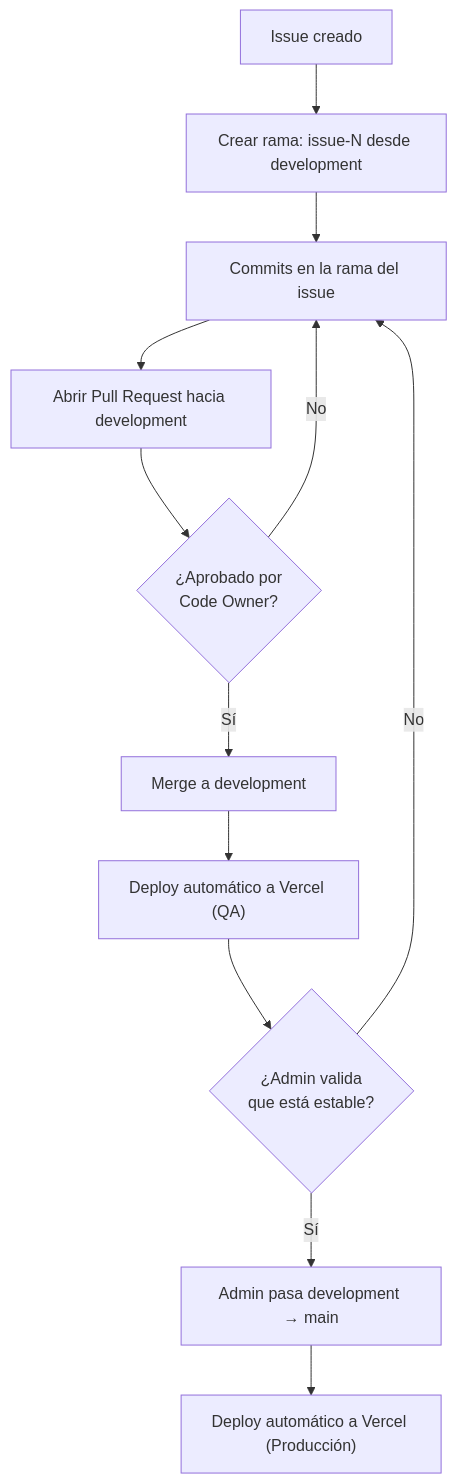
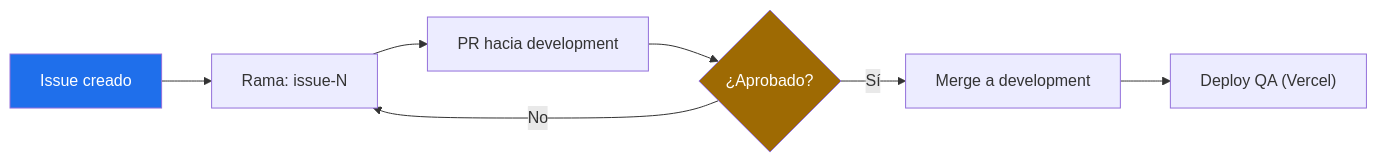
The first of 2 diagrams in CONTRIBUTING.md (Stivaly/PanasAyudan), drawn with Mermaid before and after one commit. The commit also changed other lines of this file, not shown here.

Commit message:
Enhance CONTRIBUTING.md with flowcharts
Added flowcharts for QA and Production phases to the contribution guidelines.

````diff
--- a/CONTRIBUTING.md
+++ b/CONTRIBUTING.md
@@ -24,14 +26,12 @@
 ```mermaid
-flowchart TD
-    A[Issue creado] --> B["Crear rama: issue-N desde development"]
-    B --> C[Commits en la rama del issue]
-    C --> D["Abrir Pull Request hacia development"]
-    D --> E{"¿Aprobado por\nCode Owner?"}
-    E -- No --> C
-    E -- Sí --> F["Merge a development"]
-    F --> G["Deploy automático a Vercel (QA)"]
-    G --> H{"¿Admin valida\nque está estable?"}
-    H -- No --> C
-    H -- Sí --> I["Admin pasa development → main"]
-    I --> J["Deploy automático a Vercel (Producción)"]
+flowchart LR
+    A[Issue creado] --> B["Rama: issue-N"]
+    B --> C["PR hacia development"]
+    C --> D{"¿Aprobado?"}
+    D -- No --> B
+    D -- Sí --> E["Merge a development"]
+    E --> F["Deploy QA (Vercel)"]
+ 
+    style A fill:#1f6feb,color:#fff
+    style D fill:#9e6a03,color:#fff
 ```
````
